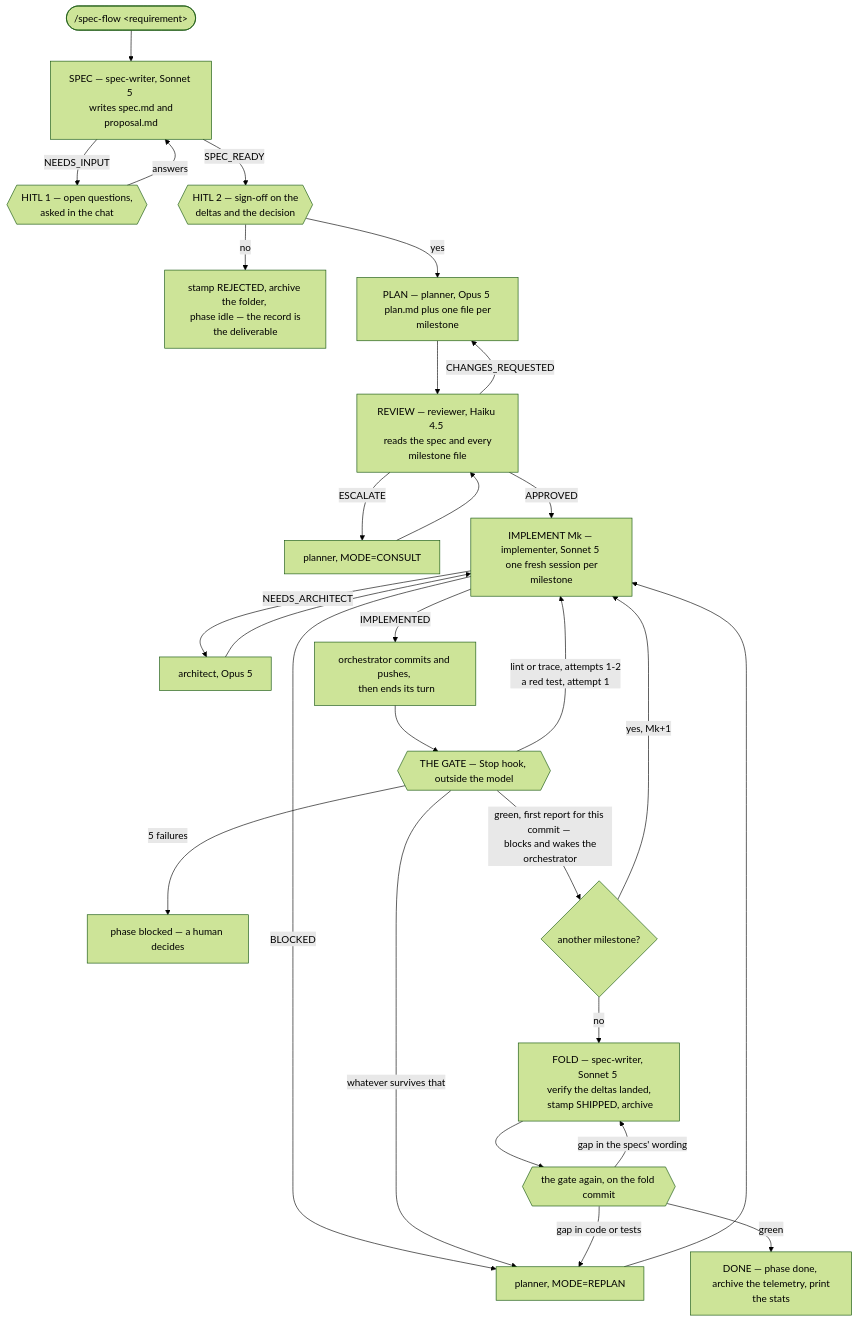
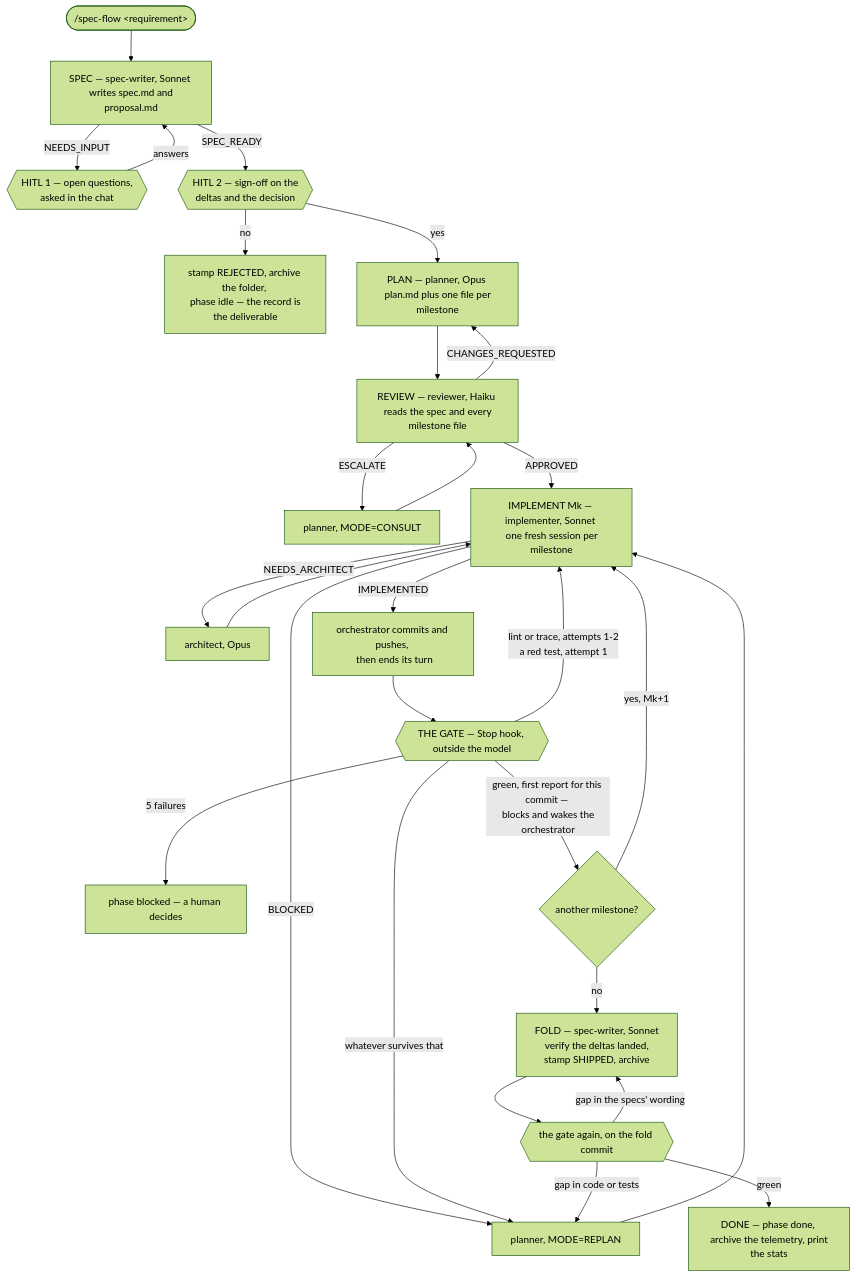
The first of 3 diagrams in REFERENCE.md (IgnacioMarin402/spec-flow-plugin), drawn with Mermaid (forest theme) before and after one commit. The commit also changed other lines of this file and 13 other files, not shown here.

````diff
--- a/REFERENCE.md
+++ b/REFERENCE.md
@@ -648,30 +648,30 @@
 ```mermaid
 flowchart TD
-    A(["/spec-flow &lt;requirement&gt;"]) --> B["SPEC — spec-writer, Sonnet 5 <br/> writes spec.md and proposal.md"]
+    A(["/spec-flow &lt;requirement&gt;"]) --> B["SPEC — spec-writer, Sonnet <br/> writes spec.md and proposal.md"]
     B -->|"NEEDS_INPUT"| Q{{"HITL 1 — open questions, <br/> asked in the chat"}}
     Q -->|"answers"| B
     B -->|"SPEC_READY"| S{{"HITL 2 — sign-off on the <br/> deltas and the decision"}}
     S -->|"no"| REJ["stamp REJECTED, archive the folder, <br/> phase idle — the record is the deliverable"]
-    S -->|"yes"| P["PLAN — planner, Opus 5 <br/> plan.md plus one file per milestone"]
-    P --> R["REVIEW — reviewer, Haiku 4.5 <br/> reads the spec and every milestone file"]
+    S -->|"yes"| P["PLAN — planner, Opus <br/> plan.md plus one file per milestone"]
+    P --> R["REVIEW — reviewer, Haiku <br/> reads the spec and every milestone file"]
     R -->|"ESCALATE"| CON["planner, MODE=CONSULT"]
     CON --> R
     R -->|"CHANGES_REQUESTED"| P
-    R -->|"APPROVED"| I["IMPLEMENT Mk — implementer, Sonnet 5 <br/> one fresh session per milestone"]
-    I -->|"NEEDS_ARCHITECT"| ARCH["architect, Opus 5"]
+    R -->|"APPROVED"| I["IMPLEMENT Mk — implementer, Sonnet <br/> one fresh session per milestone"]
+    I -->|"NEEDS_ARCHITECT"| ARCH["architect, Opus"]
     ARCH --> I
     I -->|"BLOCKED"| RE["planner, MODE=REPLAN"]
     RE --> I
     I -->|"IMPLEMENTED"| CM["orchestrator commits and pushes, <br/> then ends its turn"]
     CM --> G{{"THE GATE — Stop hook, outside the model"}}
     G -->|"lint or trace, attempts 1-2 <br/> a red test, attempt 1"| I
     G -->|"whatever survives that"| RE
     G -->|"5 failures"| BLK["phase blocked — a human decides"]
     G -->|"green, first report for this commit — <br/> blocks and wakes the orchestrator"| MORE{"another milestone?"}
     MORE -->|"yes, Mk+1"| I
-    MORE -->|"no"| F["FOLD — spec-writer, Sonnet 5 <br/> verify the deltas landed, <br/> stamp SHIPPED, archive"]
+    MORE -->|"no"| F["FOLD — spec-writer, Sonnet <br/> verify the deltas landed, <br/> stamp SHIPPED, archive"]
     F --> G2{{"the gate again, on the fold commit"}}
     G2 -->|"gap in the specs' wording"| F
     G2 -->|"gap in code or tests"| RE
     G2 -->|"green"| D["DONE — phase done, <br/> archive the telemetry, print the stats"]
 ```
````
